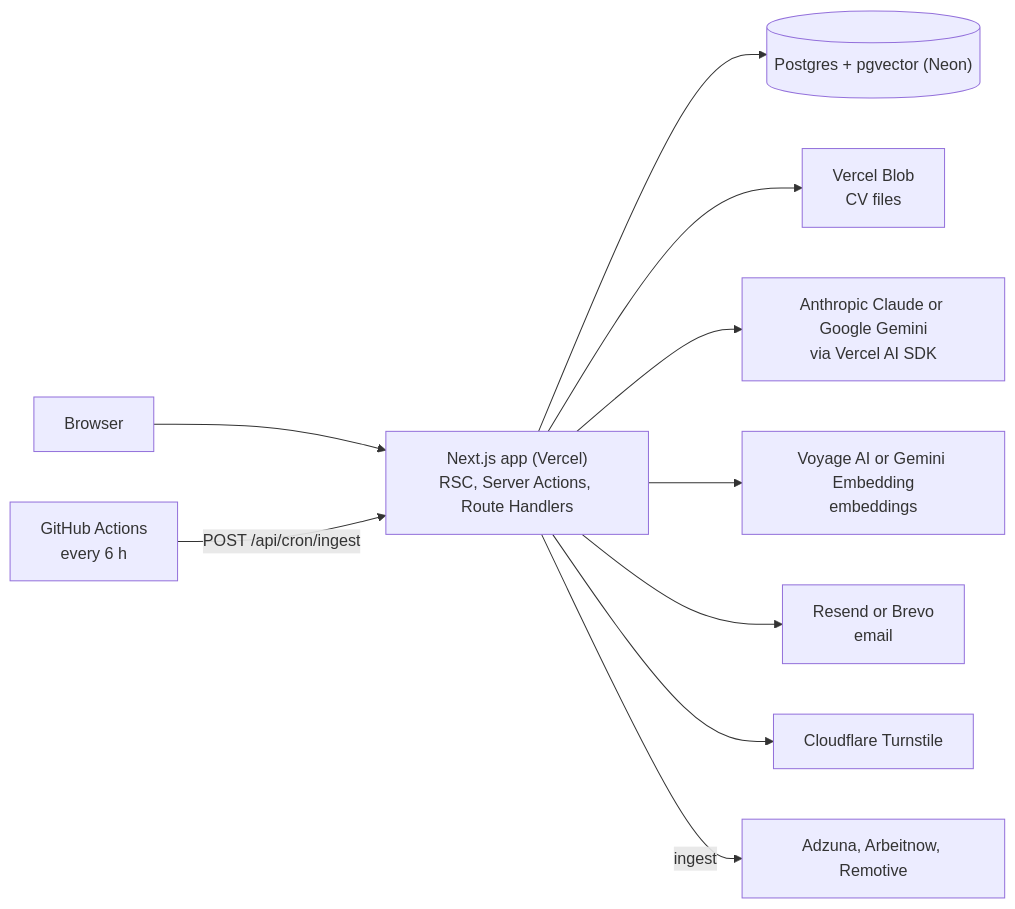
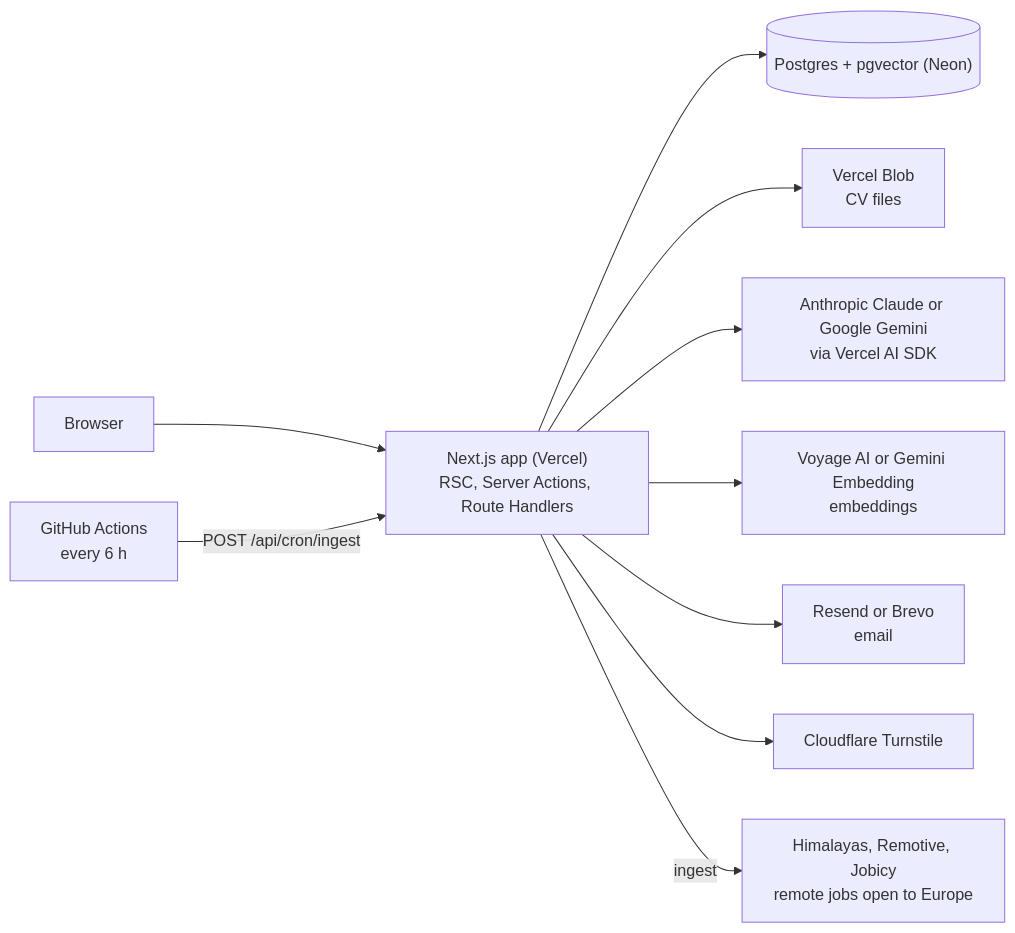
The diagram in README.md (rafael-a-g-n/ai-job-hunter), drawn with Mermaid before and after one commit. The commit also changed other lines of this file and 16 other files, not shown here.

First line of the commit message:
feat(jobs): show where each remote job can be done from, seed and demo from the new sources

````diff
--- a/README.md
+++ b/README.md
@@ -27,12 +27,12 @@
 ```mermaid
 flowchart LR
   Browser --> App["Next.js app (Vercel)<br/>RSC, Server Actions, Route Handlers"]
   App --> DB[("Postgres + pgvector (Neon)")]
   App --> Blob["Vercel Blob<br/>CV files"]
   App --> Claude["Anthropic Claude or Google Gemini<br/>via Vercel AI SDK"]
   App --> Voyage["Voyage AI or Gemini Embedding<br/>embeddings"]
   App --> Resend["Resend or Brevo<br/>email"]
   App --> TS[Cloudflare Turnstile]
   GHA["GitHub Actions<br/>every 6 h"] -->|"POST /api/cron/ingest"| App
-  App -->|ingest| Sources["Adzuna, Arbeitnow, Remotive"]
+  App -->|ingest| Sources["Himalayas, Remotive, Jobicy<br/>remote jobs open to Europe"]
 ```
````
